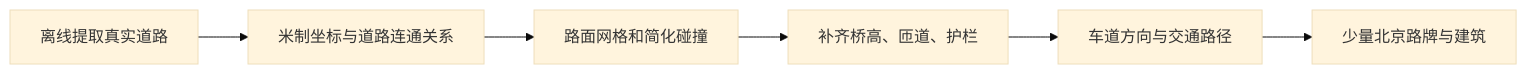
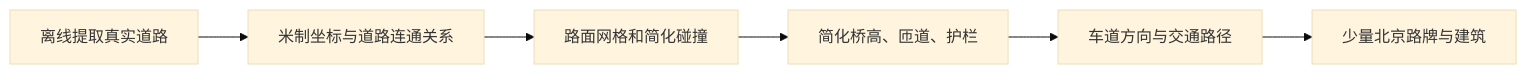
One commit to kinoward/human-overdrive changed the diagram in docs/调研/玩法与技术调研.md. Above: the diagram before and after it, drawn with Mermaid (base theme). The commit also changed other lines of this file and 23 other files, not shown here.

````diff
--- a/docs/调研/玩法与技术调研.md
+++ b/docs/调研/玩法与技术调研.md
@@ -64,8 +64,8 @@
 ```mermaid
 flowchart LR
     A[离线提取真实道路] --> B[米制坐标与道路连通关系]
     B --> C[路面网格和简化碰撞]
-    C --> D[补齐桥高、匝道、护栏]
+    C --> D[简化桥高、匝道、护栏]
     D --> E[车道方向与交通路径]
     E --> F[少量北京路牌与建筑]
 ```
````
